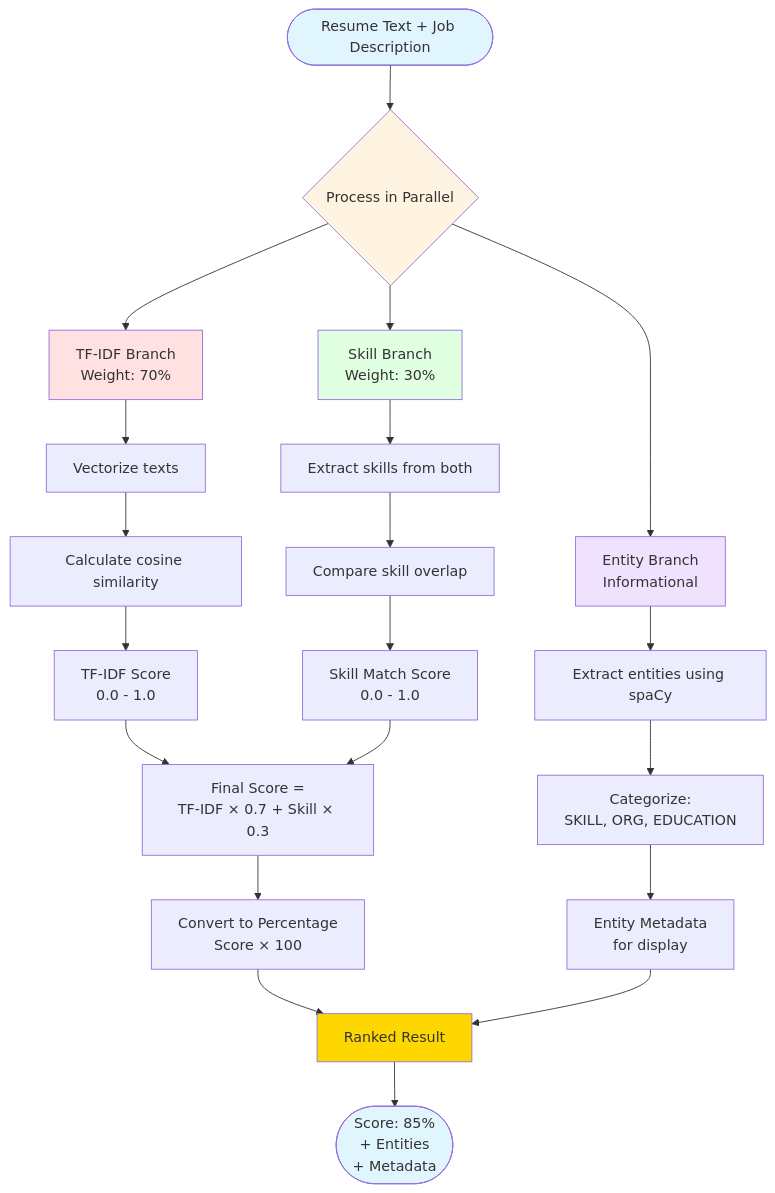
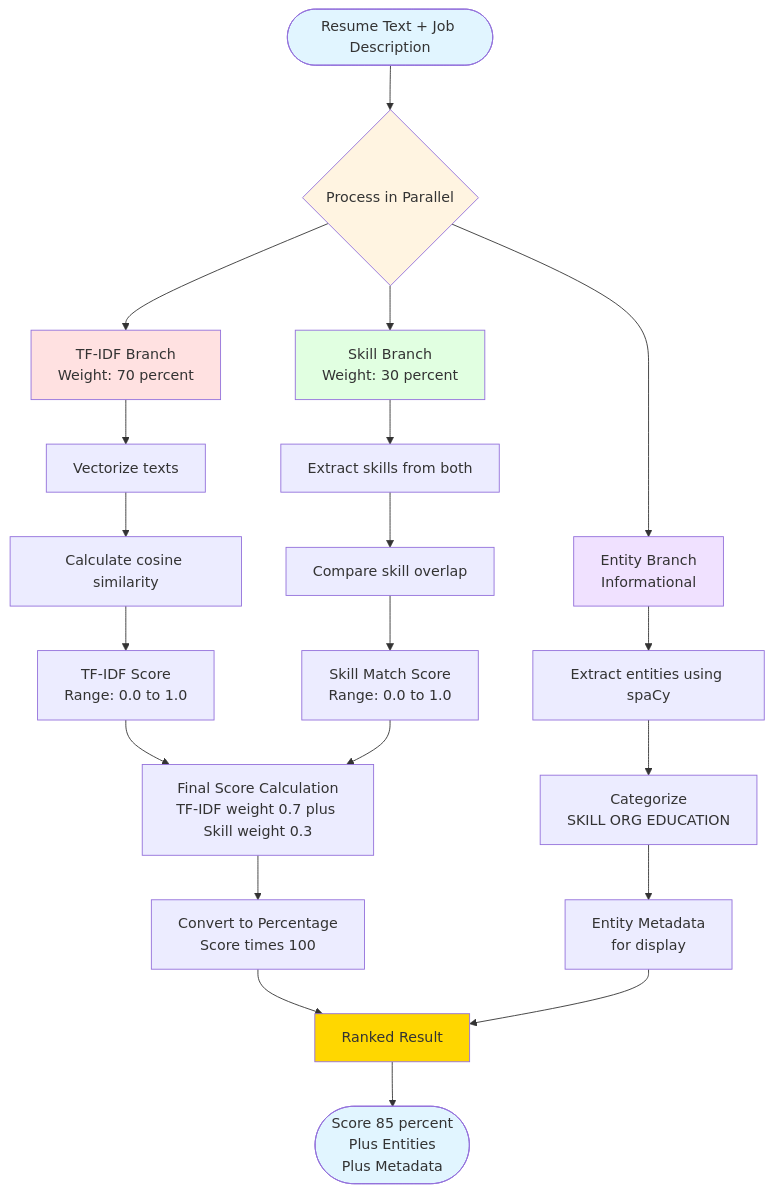
The third of 3 diagrams in README.md (rohithuppala-code/Resume_Screening_System), drawn with Mermaid before and after one commit. The commit also changed other lines of this file, not shown here.

Commit message:
Readme edits

````diff
--- a/README.md
+++ b/README.md
@@ -111,37 +111,37 @@
 ```mermaid
 flowchart TD
     Start([Resume Text + Job Description]) --> Split{Process in Parallel}
     
-    Split --> Branch1[TF-IDF Branch<br/>Weight: 70%]
-    Split --> Branch2[Skill Branch<br/>Weight: 30%]
+    Split --> Branch1[TF-IDF Branch<br/>Weight: 70 percent]
+    Split --> Branch2[Skill Branch<br/>Weight: 30 percent]
     Split --> Branch3[Entity Branch<br/>Informational]
     
     Branch1 --> V1[Vectorize texts]
     V1 --> C1[Calculate cosine similarity]
-    C1 --> Score1[TF-IDF Score<br/>0.0 - 1.0]
+    C1 --> Score1[TF-IDF Score<br/>Range: 0.0 to 1.0]
     
     Branch2 --> E1[Extract skills from both]
     E1 --> C2[Compare skill overlap]
-    C2 --> Score2[Skill Match Score<br/>0.0 - 1.0]
+    C2 --> Score2[Skill Match Score<br/>Range: 0.0 to 1.0]
     
     Branch3 --> E2[Extract entities using spaCy]
-    E2 --> Cat[Categorize:<br/>SKILL, ORG, EDUCATION]
+    E2 --> Cat[Categorize<br/>SKILL ORG EDUCATION]
     Cat --> Meta[Entity Metadata<br/>for display]
     
-    Score1 --> Combine[Final Score =<br/>TF-IDF × 0.7 + Skill × 0.3]
+    Score1 --> Combine[Final Score Calculation<br/>TF-IDF weight 0.7 plus Skill weight 0.3]
     Score2 --> Combine
     
-    Combine --> Convert[Convert to Percentage<br/>Score × 100]
+    Combine --> Convert[Convert to Percentage<br/>Score times 100]
     Convert --> Result[Ranked Result]
     Meta --> Result
     
-    Result --> Output([Score: 85%<br/>+ Entities<br/>+ Metadata])
+    Result --> Output([Score 85 percent<br/>Plus Entities<br/>Plus Metadata])
     
     style Start fill:#e1f5ff
     style Split fill:#fff4e1
     style Branch1 fill:#ffe1e1
     style Branch2 fill:#e1ffe1
     style Branch3 fill:#f0e1ff
     style Output fill:#e1f5ff
     style Result fill:#ffd700
 ```
````
